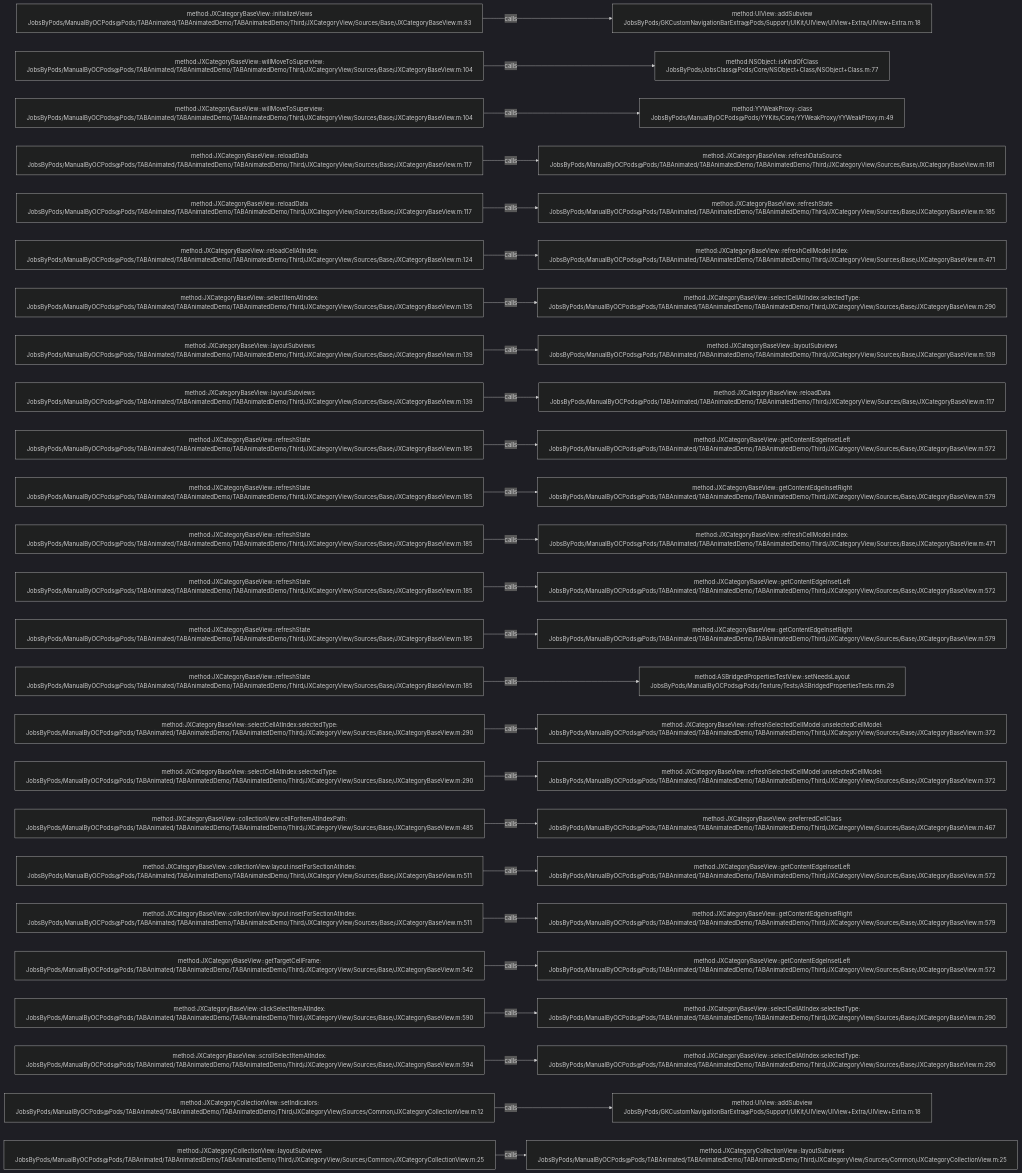
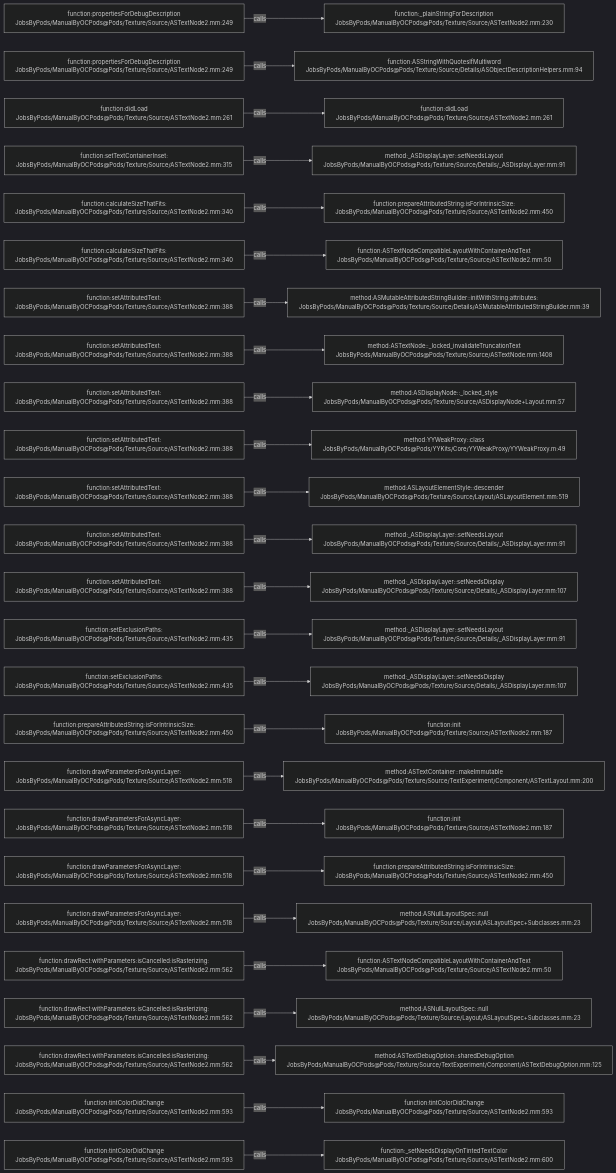
Before and after one commit to JobsKits/JobsOCBaseConfigDemo: the diagram in .codegraph/codegraph.md/graphs/calls-147.md, drawn with Mermaid (dark theme). The commit also changed 2162 other files, not shown here.

````diff
--- a/.codegraph/codegraph.md/graphs/calls-147.md
+++ b/.codegraph/codegraph.md/graphs/calls-147.md
@@ -13,78 +13,78 @@
 ```mermaid
 flowchart LR
-  S1["method:JXCategoryBaseView::initializeViews<br/>JobsByPods/ManualByOCPods@Pods/TABAnimated/TABAnimatedDemo/TABAnimatedDemo/Third/JXCategoryView/Sources/Base/JXCategoryBaseView.m:83"]
-  T1["method:UIView::addSubview<br/>JobsByPods/GKCustomNavigationBarExtra@Pods/Support/UIKit/UIView/UIView+Extra/UIView+Extra.m:18"]
+  S1["function:propertiesForDebugDescription<br/>JobsByPods/ManualByOCPods@Pods/Texture/Source/ASTextNode2.mm:249"]
+  T1["function:_plainStringForDescription<br/>JobsByPods/ManualByOCPods@Pods/Texture/Source/ASTextNode2.mm:230"]
   S1 -->|calls| T1
-  S2["method:JXCategoryBaseView::willMoveToSuperview:<br/>JobsByPods/ManualByOCPods@Pods/TABAnimated/TABAnimatedDemo/TABAnimatedDemo/Third/JXCategoryView/Sources/Base/JXCategoryBaseView.m:104"]
-  T2["method:NSObject::isKindOfClass<br/>JobsByPods/JobsClass@Pods/Core/NSObject+Class/NSObject+Class.m:77"]
+  S2["function:propertiesForDebugDescription<br/>JobsByPods/ManualByOCPods@Pods/Texture/Source/ASTextNode2.mm:249"]
+  T2["function:ASStringWithQuotesIfMultiword<br/>JobsByPods/ManualByOCPods@Pods/Texture/Source/Details/ASObjectDescriptionHelpers.mm:94"]
   S2 -->|calls| T2
-  S3["method:JXCategoryBaseView::willMoveToSuperview:<br/>JobsByPods/ManualByOCPods@Pods/TABAnimated/TABAnimatedDemo/TABAnimatedDemo/Third/JXCategoryView/Sources/Base/JXCategoryBaseView.m:104"]
-  T3["method:YYWeakProxy::class<br/>JobsByPods/ManualByOCPods@Pods/YYKits/Core/YYWeakProxy/YYWeakProxy.m:49"]
+  S3["function:didLoad<br/>JobsByPods/ManualByOCPods@Pods/Texture/Source/ASTextNode2.mm:261"]
+  T3["function:didLoad<br/>JobsByPods/ManualByOCPods@Pods/Texture/Source/ASTextNode2.mm:261"]
   S3 -->|calls| T3
-  S4["method:JXCategoryBaseView::reloadData<br/>JobsByPods/ManualByOCPods@Pods/TABAnimated/TABAnimatedDemo/TABAnimatedDemo/Third/JXCategoryView/Sources/Base/JXCategoryBaseView.m:117"]
-  T4["method:JXCategoryBaseView::refreshDataSource<br/>JobsByPods/ManualByOCPods@Pods/TABAnimated/TABAnimatedDemo/TABAnimatedDemo/Third/JXCategoryView/Sources/Base/JXCategoryBaseView.m:181"]
+  S4["function:setTextContainerInset:<br/>JobsByPods/ManualByOCPods@Pods/Texture/Source/ASTextNode2.mm:315"]
+  T4["method:_ASDisplayLayer::setNeedsLayout<br/>JobsByPods/ManualByOCPods@Pods/Texture/Source/Details/_ASDisplayLayer.mm:91"]
   S4 -->|calls| T4
-  S5["method:JXCategoryBaseView::reloadData<br/>JobsByPods/ManualByOCPods@Pods/TABAnimated/TABAnimatedDemo/TABAnimatedDemo/Third/JXCategoryView/Sources/Base/JXCategoryBaseView.m:117"]
-  T5["method:JXCategoryBaseView::refreshState<br/>JobsByPods/ManualByOCPods@Pods/TABAnimated/TABAnimatedDemo/TABAnimatedDemo/Third/JXCategoryView/Sources/Base/JXCategoryBaseView.m:185"]
+  S5["function:calculateSizeThatFits:<br/>JobsByPods/ManualByOCPods@Pods/Texture/Source/ASTextNode2.mm:340"]
+  T5["function:prepareAttributedString:isForIntrinsicSize:<br/>JobsByPods/ManualByOCPods@Pods/Texture/Source/ASTextNode2.mm:450"]
   S5 -->|calls| T5
-  S6["method:JXCategoryBaseView::reloadCellAtIndex:<br/>JobsByPods/ManualByOCPods@Pods/TABAnimated/TABAnimatedDemo/TABAnimatedDemo/Third/JXCategoryView/Sources/Base/JXCategoryBaseView.m:124"]
-  T6["method:JXCategoryBaseView::refreshCellModel:index:<br/>JobsByPods/ManualByOCPods@Pods/TABAnimated/TABAnimatedDemo/TABAnimatedDemo/Third/JXCategoryView/Sources/Base/JXCategoryBaseView.m:471"]
+  S6["function:calculateSizeThatFits:<br/>JobsByPods/ManualByOCPods@Pods/Texture/Source/ASTextNode2.mm:340"]
+  T6["function:ASTextNodeCompatibleLayoutWithContainerAndText<br/>JobsByPods/ManualByOCPods@Pods/Texture/Source/ASTextNode2.mm:50"]
   S6 -->|calls| T6
-  S7["method:JXCategoryBaseView::selectItemAtIndex:<br/>JobsByPods/ManualByOCPods@Pods/TABAnimated/TABAnimatedDemo/TABAnimatedDemo/Third/JXCategoryView/Sources/Base/JXCategoryBaseView.m:135"]
-  T7["method:JXCategoryBaseView::selectCellAtIndex:selectedType:<br/>JobsByPods/ManualByOCPods@Pods/TABAnimated/TABAnimatedDemo/TABAnimatedDemo/Third/JXCategoryView/Sources/Base/JXCategoryBaseView.m:290"]
+  S7["function:setAttributedText:<br/>JobsByPods/ManualByOCPods@Pods/Texture/Source/ASTextNode2.mm:388"]
+  T7["method:ASMutableAttributedStringBuilder::initWithString:attributes:<br/>JobsByPods/ManualByOCPods@Pods/Texture/Source/Details/ASMutableAttributedStringBuilder.mm:39"]
   S7 -->|calls| T7
-  S8["method:JXCategoryBaseView::layoutSubviews<br/>JobsByPods/ManualByOCPods@Pods/TABAnimated/TABAnimatedDemo/TABAnimatedDemo/Third/JXCategoryView/Sources/Base/JXCategoryBaseView.m:139"]
-  T8["method:JXCategoryBaseView::layoutSubviews<br/>JobsByPods/ManualByOCPods@Pods/TABAnimated/TABAnimatedDemo/TABAnimatedDemo/Third/JXCategoryView/Sources/Base/JXCategoryBaseView.m:139"]
+  S8["function:setAttributedText:<br/>JobsByPods/ManualByOCPods@Pods/Texture/Source/ASTextNode2.mm:388"]
+  T8["method:ASTextNode::_locked_invalidateTruncationText<br/>JobsByPods/ManualByOCPods@Pods/Texture/Source/ASTextNode.mm:1408"]
   S8 -->|calls| T8
-  S9["method:JXCategoryBaseView::layoutSubviews<br/>JobsByPods/ManualByOCPods@Pods/TABAnimated/TABAnimatedDemo/TABAnimatedDemo/Third/JXCategoryView/Sources/Base/JXCategoryBaseView.m:139"]
-  T9["method:JXCategoryBaseView::reloadData<br/>JobsByPods/ManualByOCPods@Pods/TABAnimated/TABAnimatedDemo/TABAnimatedDemo/Third/JXCategoryView/Sources/Base/JXCategoryBaseView.m:117"]
+  S9["function:setAttributedText:<br/>JobsByPods/ManualByOCPods@Pods/Texture/Source/ASTextNode2.mm:388"]
+  T9["method:ASDisplayNode::_locked_style<br/>JobsByPods/ManualByOCPods@Pods/Texture/Source/ASDisplayNode+Layout.mm:57"]
   S9 -->|calls| T9
-  S10["method:JXCategoryBaseView::refreshState<br/>JobsByPods/ManualByOCPods@Pods/TABAnimated/TABAnimatedDemo/TABAnimatedDemo/Third/JXCategoryView/Sources/Base/JXCategoryBaseView.m:185"]
-  T10["method:JXCategoryBaseView::getContentEdgeInsetLeft<br/>JobsByPods/ManualByOCPods@Pods/TABAnimated/TABAnimatedDemo/TABAnimatedDemo/Third/JXCategoryView/Sources/Base/JXCategoryBaseView.m:572"]
+  S10["function:setAttributedText:<br/>JobsByPods/ManualByOCPods@Pods/Texture/Source/ASTextNode2.mm:388"]
+  T10["method:YYWeakProxy::class<br/>JobsByPods/ManualByOCPods@Pods/YYKits/Core/YYWeakProxy/YYWeakProxy.m:49"]
   S10 -->|calls| T10
-  S11["method:JXCategoryBaseView::refreshState<br/>JobsByPods/ManualByOCPods@Pods/TABAnimated/TABAnimatedDemo/TABAnimatedDemo/Third/JXCategoryView/Sources/Base/JXCategoryBaseView.m:185"]
-  T11["method:JXCategoryBaseView::getContentEdgeInsetRight<br/>JobsByPods/ManualByOCPods@Pods/TABAnimated/TABAnimatedDemo/TABAnimatedDemo/Third/JXCategoryView/Sources/Base/JXCategoryBaseView.m:579"]
+  S11["function:setAttributedText:<br/>JobsByPods/ManualByOCPods@Pods/Texture/Source/ASTextNode2.mm:388"]
+  T11["method:ASLayoutElementStyle::descender<br/>JobsByPods/ManualByOCPods@Pods/Texture/Source/Layout/ASLayoutElement.mm:519"]
   S11 -->|calls| T11
-  S12["method:JXCategoryBaseView::refreshState<br/>JobsByPods/ManualByOCPods@Pods/TABAnimated/TABAnimatedDemo/TABAnimatedDemo/Third/JXCategoryView/Sources/Base/JXCategoryBaseView.m:185"]
-  T12["method:JXCategoryBaseView::refreshCellModel:index:<br/>JobsByPods/ManualByOCPods@Pods/TABAnimated/TABAnimatedDemo/TABAnimatedDemo/Third/JXCategoryView/Sources/Base/JXCategoryBaseView.m:471"]
+  S12["function:setAttributedText:<br/>JobsByPods/ManualByOCPods@Pods/Texture/Source/ASTextNode2.mm:388"]
+  T12["method:_ASDisplayLayer::setNeedsLayout<br/>JobsByPods/ManualByOCPods@Pods/Texture/Source/Details/_ASDisplayLayer.mm:91"]
   S12 -->|calls| T12
-  S13["method:JXCategoryBaseView::refreshState<br/>JobsByPods/ManualByOCPods@Pods/TABAnimated/TABAnimatedDemo/TABAnimatedDemo/Third/JXCategoryView/Sources/Base/JXCategoryBaseView.m:185"]
-  T13["method:JXCategoryBaseView::getContentEdgeInsetLeft<br/>JobsByPods/ManualByOCPods@Pods/TABAnimated/TABAnimatedDemo/TABAnimatedDemo/Third/JXCategoryView/Sources/Base/JXCategoryBaseView.m:572"]
+  S13["function:setAttributedText:<br/>JobsByPods/ManualByOCPods@Pods/Texture/Source/ASTextNode2.mm:388"]
+  T13["method:_ASDisplayLayer::setNeedsDisplay<br/>JobsByPods/ManualByOCPods@Pods/Texture/Source/Details/_ASDisplayLayer.mm:107"]
   S13 -->|calls| T13
-  S14["method:JXCategoryBaseView::refreshState<br/>JobsByPods/ManualByOCPods@Pods/TABAnimated/TABAnimatedDemo/TABAnimatedDemo/Third/JXCategoryView/Sources/Base/JXCategoryBaseView.m:185"]
-  T14["method:JXCategoryBaseView::getContentEdgeInsetRight<br/>JobsByPods/ManualByOCPods@Pods/TABAnimated/TABAnimatedDemo/TABAnimatedDemo/Third/JXCategoryView/Sources/Base/JXCategoryBaseView.m:579"]
+  S14["function:setExclusionPaths:<br/>JobsByPods/ManualByOCPods@Pods/Texture/Source/ASTextNode2.mm:435"]
+  T14["method:_ASDisplayLayer::setNeedsLayout<br/>JobsByPods/ManualByOCPods@Pods/Texture/Source/Details/_ASDisplayLayer.mm:91"]
   S14 -->|calls| T14
-  S15["method:JXCategoryBaseView::refreshState<br/>JobsByPods/ManualByOCPods@Pods/TABAnimated/TABAnimatedDemo/TABAnimatedDemo/Third/JXCategoryView/Sources/Base/JXCategoryBaseView.m:185"]
-  T15["method:ASBridgedPropertiesTestView::setNeedsLayout<br/>JobsByPods/ManualByOCPods@Pods/Texture/Tests/ASBridgedPropertiesTests.mm:29"]
+  S15["function:setExclusionPaths:<br/>JobsByPods/ManualByOCPods@Pods/Texture/Source/ASTextNode2.mm:435"]
+  T15["method:_ASDisplayLayer::setNeedsDisplay<br/>JobsByPods/ManualByOCPods@Pods/Texture/Source/Details/_ASDisplayLayer.mm:107"]
   S15 -->|calls| T15
-  S16["method:JXCategoryBaseView::selectCellAtIndex:selectedType:<br/>JobsByPods/ManualByOCPods@Pods/TABAnimated/TABAnimatedDemo/TABAnimatedDemo/Third/JXCategoryView/Sources/Base/JXCategoryBaseView.m:290"]
-  T16["method:JXCategoryBaseView::refreshSelectedCellModel:unselectedCellModel:<br/>JobsByPods/ManualByOCPods@Pods/TABAnimated/TABAnimatedDemo/TABAnimatedDemo/Third/JXCategoryView/Sources/Base/JXCategoryBaseView.m:372"]
+  S16["function:prepareAttributedString:isForIntrinsicSize:<br/>JobsByPods/ManualByOCPods@Pods/Texture/Source/ASTextNode2.mm:450"]
+  T16["function:init<br/>JobsByPods/ManualByOCPods@Pods/Texture/Source/ASTextNode2.mm:187"]
   S16 -->|calls| T16
-  S17["method:JXCategoryBaseView::selectCellAtIndex:selectedType:<br/>JobsByPods/ManualByOCPods@Pods/TABAnimated/TABAnimatedDemo/TABAnimatedDemo/Third/JXCategoryView/Sources/Base/JXCategoryBaseView.m:290"]
-  T17["method:JXCategoryBaseView::refreshSelectedCellModel:unselectedCellModel:<br/>JobsByPods/ManualByOCPods@Pods/TABAnimated/TABAnimatedDemo/TABAnimatedDemo/Third/JXCategoryView/Sources/Base/JXCategoryBaseView.m:372"]
+  S17["function:drawParametersForAsyncLayer:<br/>JobsByPods/ManualByOCPods@Pods/Texture/Source/ASTextNode2.mm:518"]
+  T17["method:ASTextContainer::makeImmutable<br/>JobsByPods/ManualByOCPods@Pods/Texture/Source/TextExperiment/Component/ASTextLayout.mm:200"]
   S17 -->|calls| T17
-  S18["method:JXCategoryBaseView::collectionView:cellForItemAtIndexPath:<br/>JobsByPods/ManualByOCPods@Pods/TABAnimated/TABAnimatedDemo/TABAnimatedDemo/Third/JXCategoryView/Sources/Base/JXCategoryBaseView.m:485"]
-  T18["method:JXCategoryBaseView::preferredCellClass<br/>JobsByPods/ManualByOCPods@Pods/TABAnimated/TABAnimatedDemo/TABAnimatedDemo/Third/JXCategoryView/Sources/Base/JXCategoryBaseView.m:467"]
+  S18["function:drawParametersForAsyncLayer:<br/>JobsByPods/ManualByOCPods@Pods/Texture/Source/ASTextNode2.mm:518"]
+  T18["function:init<br/>JobsByPods/ManualByOCPods@Pods/Texture/Source/ASTextNode2.mm:187"]
   S18 -->|calls| T18
-  S19["method:JXCategoryBaseView::collectionView:layout:insetForSectionAtIndex:<br/>JobsByPods/ManualByOCPods@Pods/TABAnimated/TABAnimatedDemo/TABAnimatedDemo/Third/JXCategoryView/Sources/Base/JXCategoryBaseView.m:511"]
-  T19["method:JXCategoryBaseView::getContentEdgeInsetLeft<br/>JobsByPods/ManualByOCPods@Pods/TABAnimated/TABAnimatedDemo/TABAnimatedDemo/Third/JXCategoryView/Sources/Base/JXCategoryBaseView.m:572"]
+  S19["function:drawParametersForAsyncLayer:<br/>JobsByPods/ManualByOCPods@Pods/Texture/Source/ASTextNode2.mm:518"]
+  T19["function:prepareAttributedString:isForIntrinsicSize:<br/>JobsByPods/ManualByOCPods@Pods/Texture/Source/ASTextNode2.mm:450"]
   S19 -->|calls| T19
-  S20["method:JXCategoryBaseView::collectionView:layout:insetForSectionAtIndex:<br/>JobsByPods/ManualByOCPods@Pods/TABAnimated/TABAnimatedDemo/TABAnimatedDemo/Third/JXCategoryView/Sources/Base/JXCategoryBaseView.m:511"]
-  T20["method:JXCategoryBaseView::getContentEdgeInsetRight<br/>JobsByPods/ManualByOCPods@Pods/TABAnimated/TABAnimatedDemo/TABAnimatedDemo/Third/JXCategoryView/Sources/Base/JXCategoryBaseView.m:579"]
+  S20["function:drawParametersForAsyncLayer:<br/>JobsByPods/ManualByOCPods@Pods/Texture/Source/ASTextNode2.mm:518"]
+  T20["method:ASNullLayoutSpec::null<br/>JobsByPods/ManualByOCPods@Pods/Texture/Source/Layout/ASLayoutSpec+Subclasses.mm:23"]
   S20 -->|calls| T20
-  S21["method:JXCategoryBaseView::getTargetCellFrame:<br/>JobsByPods/ManualByOCPods@Pods/TABAnimated/TABAnimatedDemo/TABAnimatedDemo/Third/JXCategoryView/Sources/Base/JXCategoryBaseView.m:542"]
-  T21["method:JXCategoryBaseView::getContentEdgeInsetLeft<br/>JobsByPods/ManualByOCPods@Pods/TABAnimated/TABAnimatedDemo/TABAnimatedDemo/Third/JXCategoryView/Sources/Base/JXCategoryBaseView.m:572"]
+  S21["function:drawRect:withParameters:isCancelled:isRasterizing:<br/>JobsByPods/ManualByOCPods@Pods/Texture/Source/ASTextNode2.mm:562"]
+  T21["function:ASTextNodeCompatibleLayoutWithContainerAndText<br/>JobsByPods/ManualByOCPods@Pods/Texture/Source/ASTextNode2.mm:50"]
   S21 -->|calls| T21
-  S22["method:JXCategoryBaseView::clickSelectItemAtIndex:<br/>JobsByPods/ManualByOCPods@Pods/TABAnimated/TABAnimatedDemo/TABAnimatedDemo/Third/JXCategoryView/Sources/Base/JXCategoryBaseView.m:590"]
-  T22["method:JXCategoryBaseView::selectCellAtIndex:selectedType:<br/>JobsByPods/ManualByOCPods@Pods/TABAnimated/TABAnimatedDemo/TABAnimatedDemo/Third/JXCategoryView/Sources/Base/JXCategoryBaseView.m:290"]
+  S22["function:drawRect:withParameters:isCancelled:isRasterizing:<br/>JobsByPods/ManualByOCPods@Pods/Texture/Source/ASTextNode2.mm:562"]
+  T22["method:ASNullLayoutSpec::null<br/>JobsByPods/ManualByOCPods@Pods/Texture/Source/Layout/ASLayoutSpec+Subclasses.mm:23"]
   S22 -->|calls| T22
-  S23["method:JXCategoryBaseView::scrollSelectItemAtIndex:<br/>JobsByPods/ManualByOCPods@Pods/TABAnimated/TABAnimatedDemo/TABAnimatedDemo/Third/JXCategoryView/Sources/Base/JXCategoryBaseView.m:594"]
-  T23["method:JXCategoryBaseView::selectCellAtIndex:selectedType:<br/>JobsByPods/ManualByOCPods@Pods/TABAnimated/TABAnimatedDemo/TABAnimatedDemo/Third/JXCategoryView/Sources/Base/JXCategoryBaseView.m:290"]
+  S23["function:drawRect:withParameters:isCancelled:isRasterizing:<br/>JobsByPods/ManualByOCPods@Pods/Texture/Source/ASTextNode2.mm:562"]
+  T23["method:ASTextDebugOption::sharedDebugOption<br/>JobsByPods/ManualByOCPods@Pods/Texture/Source/TextExperiment/Component/ASTextDebugOption.mm:125"]
   S23 -->|calls| T23
-  S24["method:JXCategoryCollectionView::setIndicators:<br/>JobsByPods/ManualByOCPods@Pods/TABAnimated/TABAnimatedDemo/TABAnimatedDemo/Third/JXCategoryView/Sources/Common/JXCategoryCollectionView.m:12"]
-  T24["method:UIView::addSubview<br/>JobsByPods/GKCustomNavigationBarExtra@Pods/Support/UIKit/UIView/UIView+Extra/UIView+Extra.m:18"]
+  S24["function:tintColorDidChange<br/>JobsByPods/ManualByOCPods@Pods/Texture/Source/ASTextNode2.mm:593"]
+  T24["function:tintColorDidChange<br/>JobsByPods/ManualByOCPods@Pods/Texture/Source/ASTextNode2.mm:593"]
   S24 -->|calls| T24
-  S25["method:JXCategoryCollectionView::layoutSubviews<br/>JobsByPods/ManualByOCPods@Pods/TABAnimated/TABAnimatedDemo/TABAnimatedDemo/Third/JXCategoryView/Sources/Common/JXCategoryCollectionView.m:25"]
-  T25["method:JXCategoryCollectionView::layoutSubviews<br/>JobsByPods/ManualByOCPods@Pods/TABAnimated/TABAnimatedDemo/TABAnimatedDemo/Third/JXCategoryView/Sources/Common/JXCategoryCollectionView.m:25"]
+  S25["function:tintColorDidChange<br/>JobsByPods/ManualByOCPods@Pods/Texture/Source/ASTextNode2.mm:593"]
+  T25["function:_setNeedsDisplayOnTintedTextColor<br/>JobsByPods/ManualByOCPods@Pods/Texture/Source/ASTextNode2.mm:600"]
   S25 -->|calls| T25
 ```
````
